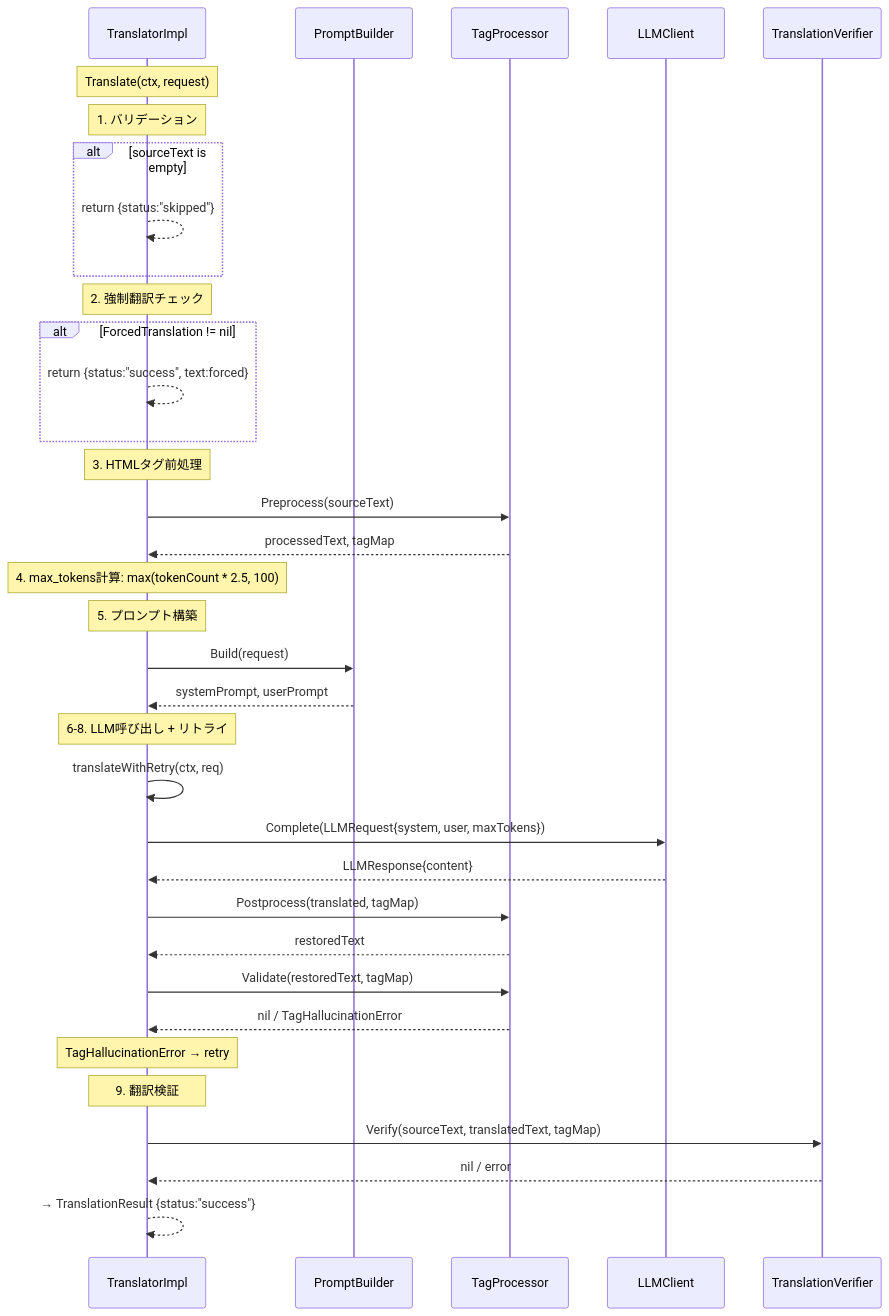
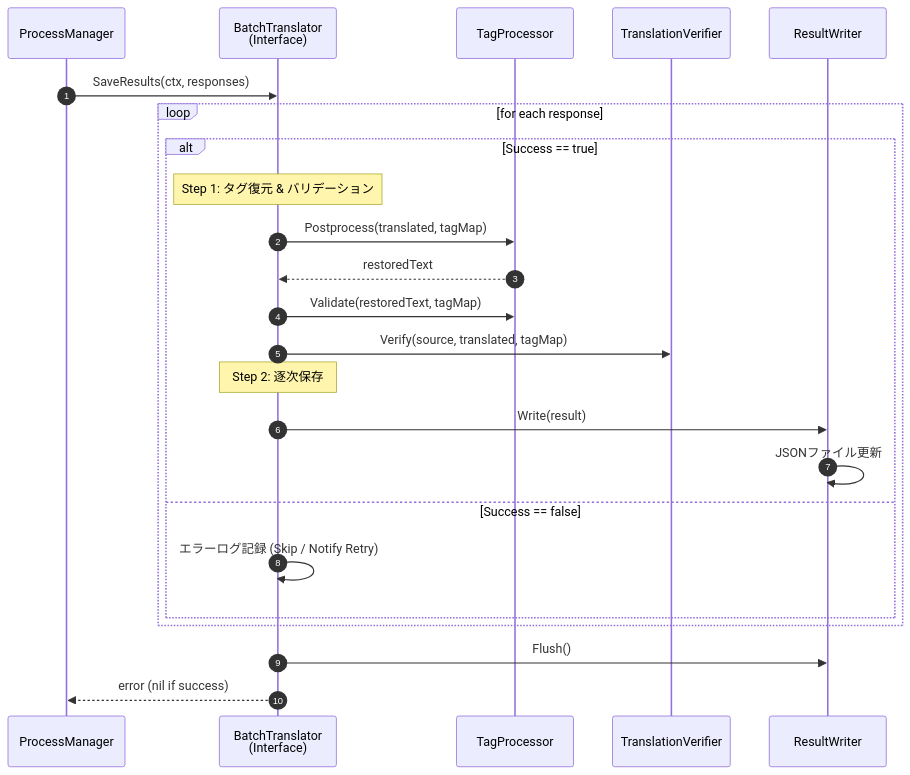
One commit to ishibata91/ai-translation-engine-2 changed the second of 3 diagrams in specs/Pass2TranslatorSlice/main_translator_sequence_diagram.md. Above: the diagram before and after it, drawn with Mermaid. The commit also changed other lines of this file and 5 other files, not shown here.

````diff
--- a/specs/Pass2TranslatorSlice/main_translator_sequence_diagram.md
+++ b/specs/Pass2TranslatorSlice/main_translator_sequence_diagram.md
@@ -40,49 +42,30 @@
 ```mermaid
 sequenceDiagram
-    participant TI as TranslatorImpl
-    participant PB as PromptBuilder
+    autonumber
+    participant PM as ProcessManager
+    participant BT as BatchTranslator<br/>(Interface)
     participant TP as TagProcessor
-    participant LLM as LLMClient
     participant TV as TranslationVerifier
+    participant RW as ResultWriter
 
-    Note over TI: Translate(ctx, request)
+    PM->>BT: SaveResults(ctx, responses)
 
-    Note over TI: 1. バリデーション
-    alt sourceText is empty
-        TI-->>TI: return {status:"skipped"}
+    loop for each response
+        alt Success == true
+            Note over BT: Step 1: タグ復元 & バリデーション
+            BT->>TP: Postprocess(translated, tagMap)
+            TP-->>BT: restoredText
+            BT->>TP: Validate(restoredText, tagMap)
+            BT->>TV: Verify(source, translated, tagMap)
+            
+            Note over BT: Step 2: 逐次保存
+            BT->>RW: Write(result)
+            RW->>RW: JSONファイル更新
+        else Success == false
+            BT->>BT: エラーログ記録 (Skip / Notify Retry)
+        end
     end
 
-    Note over TI: 2. 強制翻訳チェック
-    alt ForcedTranslation != nil
-        TI-->>TI: return {status:"success", text:forced}
-    end
-
-    Note over TI: 3. HTMLタグ前処理
-    TI->>TP: Preprocess(sourceText)
-    TP-->>TI: processedText, tagMap
-
-    Note over TI: 4. max_tokens計算: max(tokenCount * 2.5, 100)
-
-    Note over TI: 5. プロンプト構築
-    TI->>PB: Build(request)
-    PB-->>TI: systemPrompt, userPrompt
-
-    Note over TI: 6-8. LLM呼び出し + リトライ
-    TI->>TI: translateWithRetry(ctx, req)
-    TI->>LLM: Complete(LLMRequest{system, user, maxTokens})
-    LLM-->>TI: LLMResponse{content}
-
-    TI->>TP: Postprocess(translated, tagMap)
-    TP-->>TI: restoredText
-
-    TI->>TP: Validate(restoredText, tagMap)
-    TP-->>TI: nil / TagHallucinationError
-
-    Note over TI: TagHallucinationError → retry
-
-    Note over TI: 9. 翻訳検証
-    TI->>TV: Verify(sourceText, translatedText, tagMap)
-    TV-->>TI: nil / error
-
-    TI-->>TI: → TranslationResult {status:"success"}
+    BT->>RW: Flush()
+    BT-->>PM: error (nil if success)
 ```
````
